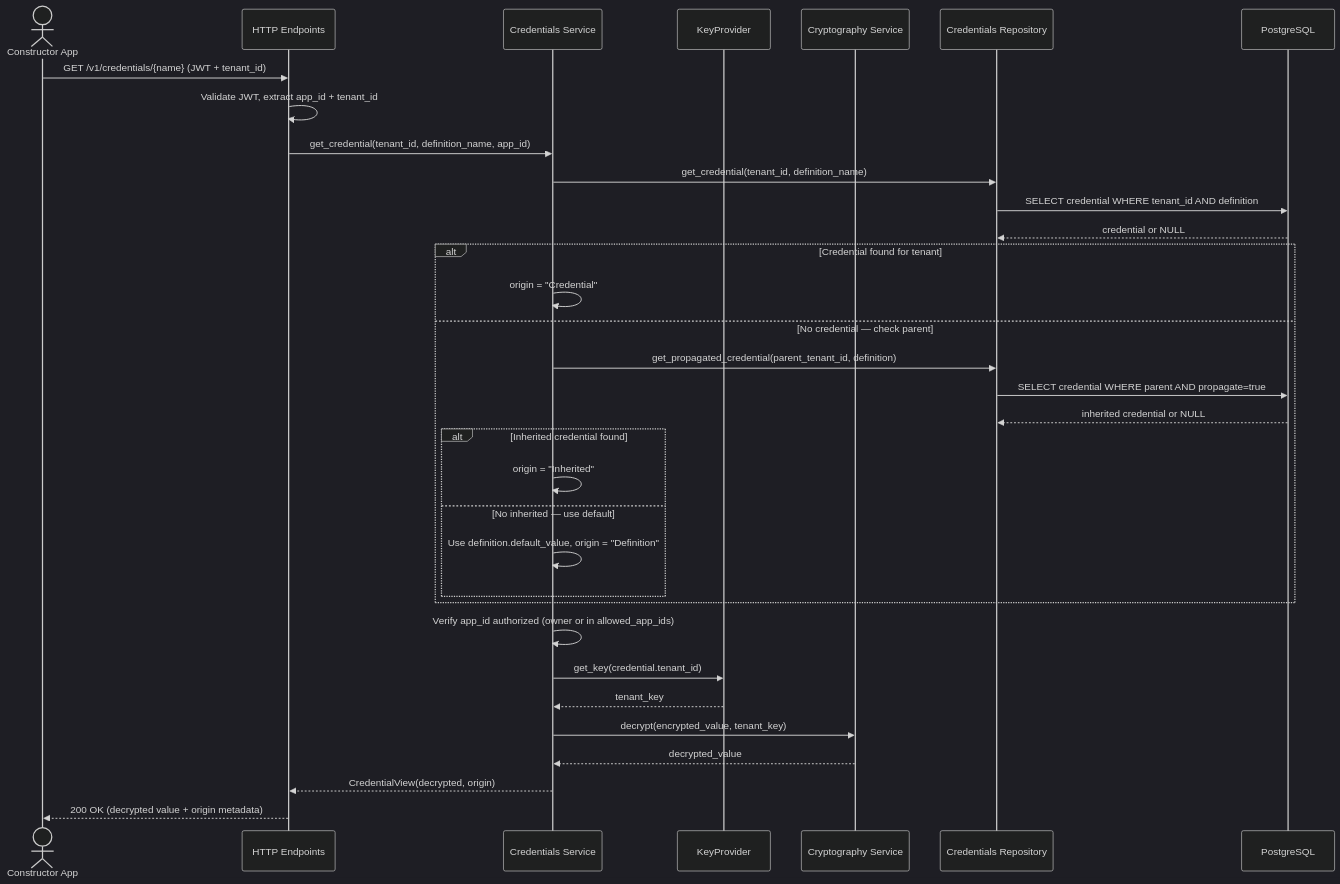
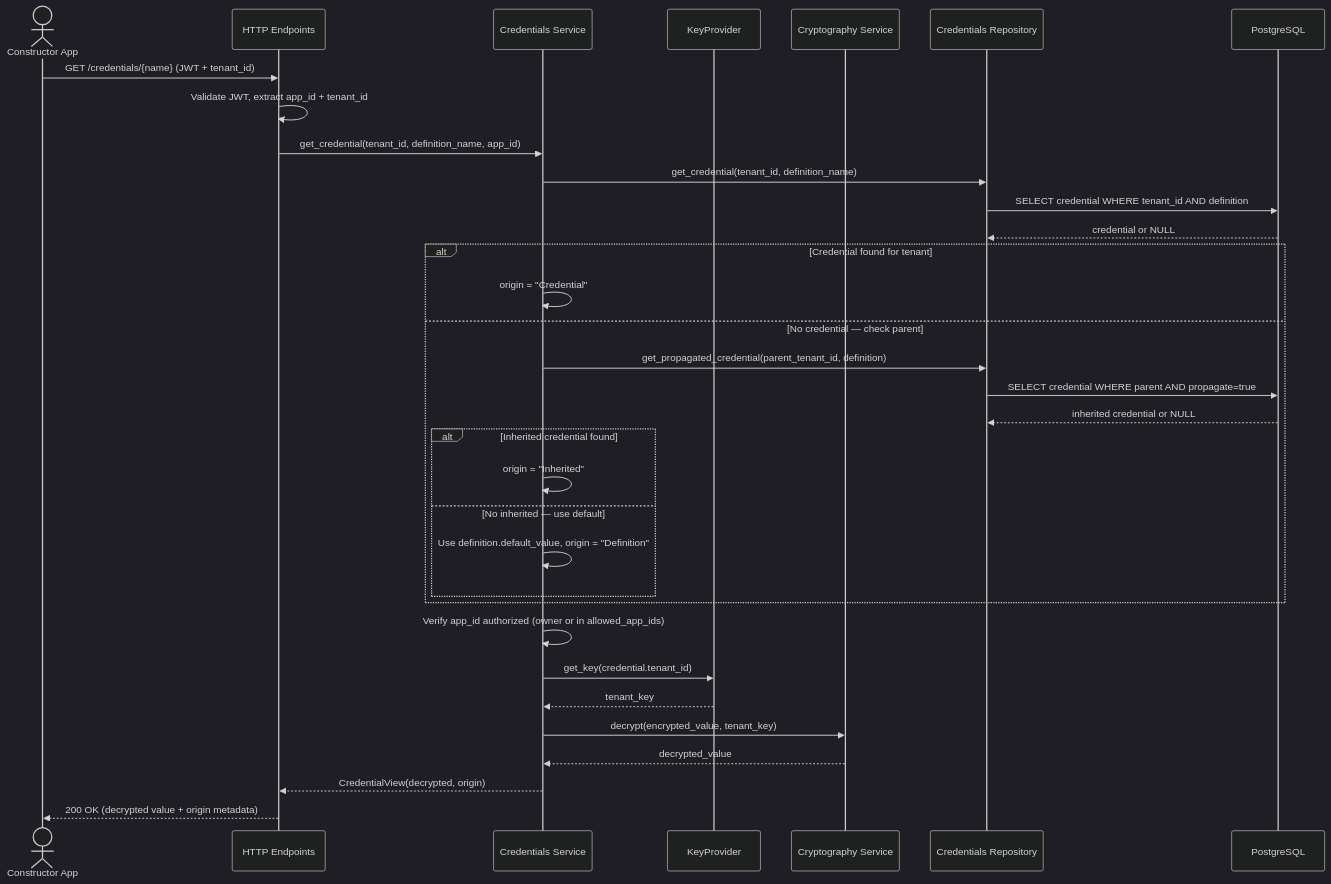
One commit to nullhypothesic/cyberfabric-core changed the third of 4 diagrams in modules/credstore/plugins/credentials-storage/DESIGN.md. Above: the diagram before and after it, drawn with Mermaid (dark theme). The commit also changed other lines of this file, not shown here.

Commit message:
docs: fix api paths

````diff
--- a/modules/credstore/plugins/credentials-storage/DESIGN.md
+++ b/modules/credstore/plugins/credentials-storage/DESIGN.md
@@ -529,38 +529,38 @@
 ```mermaid
 sequenceDiagram
     actor App as Constructor App
     participant API as HTTP Endpoints
     participant Svc as Credentials Service
     participant KP as KeyProvider
     participant Crypto as Cryptography Service
     participant Repo as Credentials Repository
     participant DB as PostgreSQL
 
-    App->>API: GET /v1/credentials/{name} (JWT + tenant_id)
+    App->>API: GET /credentials/{name} (JWT + tenant_id)
     API->>API: Validate JWT, extract app_id + tenant_id
     API->>Svc: get_credential(tenant_id, definition_name, app_id)
     Svc->>Repo: get_credential(tenant_id, definition_name)
     Repo->>DB: SELECT credential WHERE tenant_id AND definition
     DB-->>Repo: credential or NULL
 
     alt Credential found for tenant
         Svc->>Svc: origin = "Credential"
     else No credential — check parent
         Svc->>Repo: get_propagated_credential(parent_tenant_id, definition)
         Repo->>DB: SELECT credential WHERE parent AND propagate=true
         DB-->>Repo: inherited credential or NULL
         alt Inherited credential found
             Svc->>Svc: origin = "Inherited"
         else No inherited — use default
             Svc->>Svc: Use definition.default_value, origin = "Definition"
         end
     end
 
     Svc->>Svc: Verify app_id authorized (owner or in allowed_app_ids)
     Svc->>KP: get_key(credential.tenant_id)
     KP-->>Svc: tenant_key
     Svc->>Crypto: decrypt(encrypted_value, tenant_key)
     Crypto-->>Svc: decrypted_value
     Svc-->>API: CredentialView(decrypted, origin)
     API-->>App: 200 OK (decrypted value + origin metadata)
 ```
````
